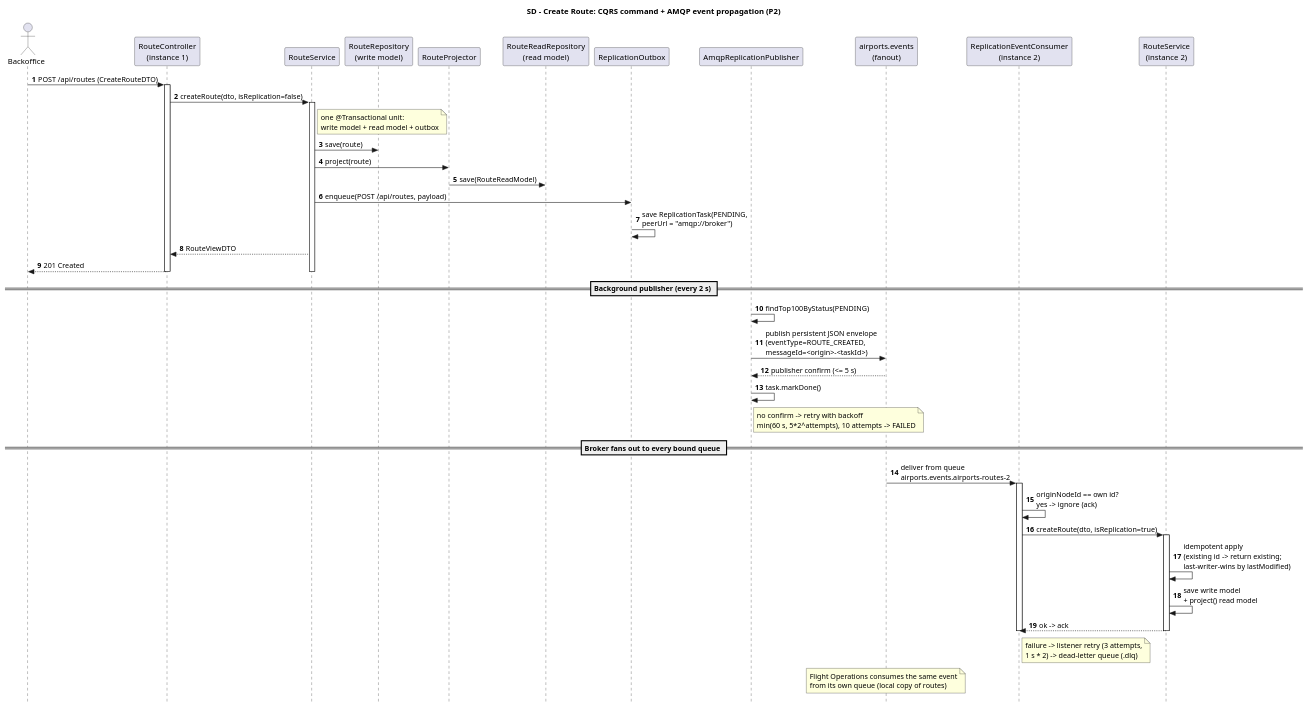
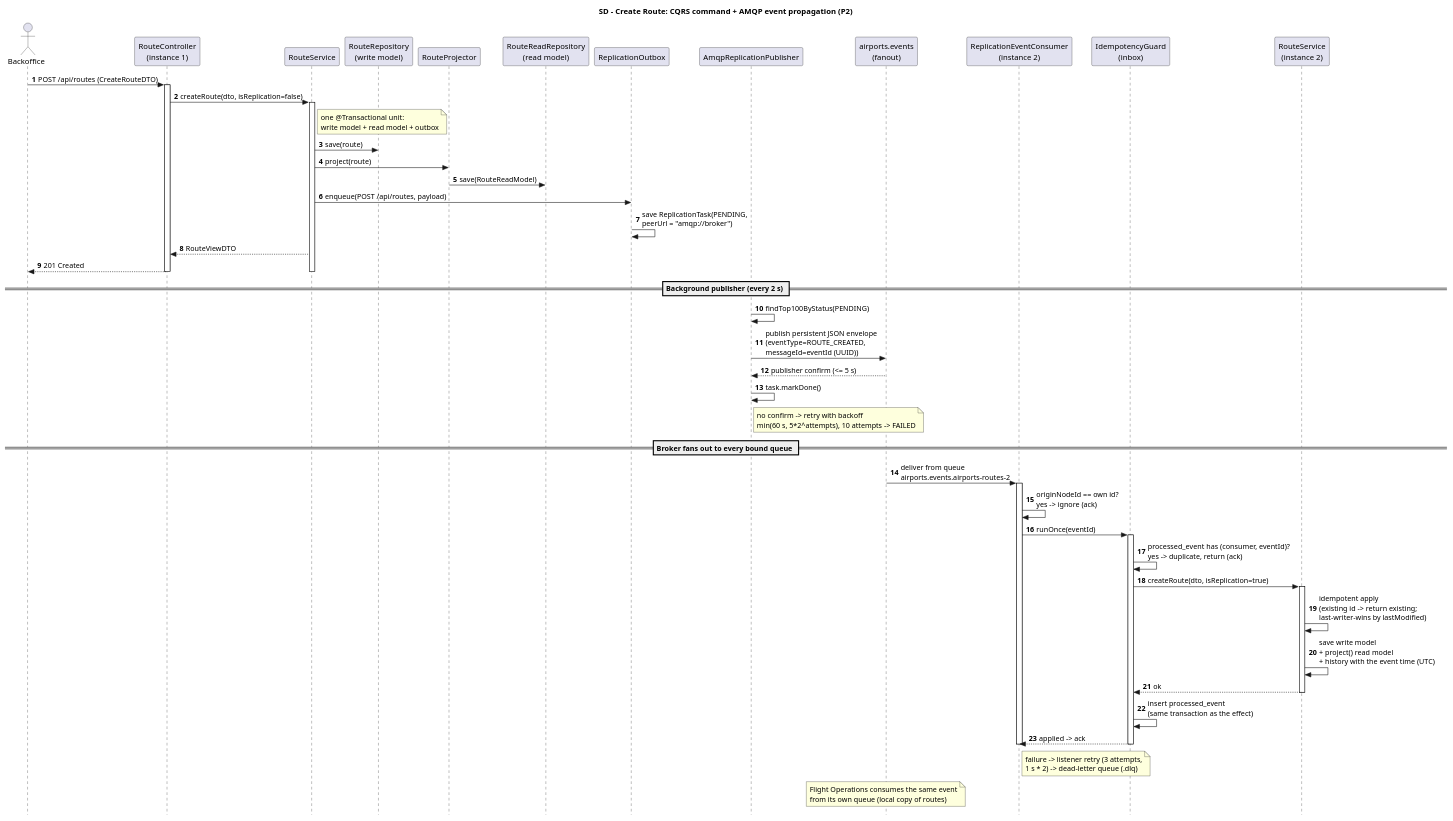
The diagram in Services/Airport e Routes/airports-routes-service/docs/E2/sd-amqp-event-propagation.puml (anamartasilvaa/SIDIG_AI_Safe), drawn with PlantUML before and after one commit. The commit also changed 12 other files, not shown here.

```diff
--- a/Services/Airport e Routes/airports-routes-service/docs/E2/sd-amqp-event-propagation.puml
+++ b/Services/Airport e Routes/airports-routes-service/docs/E2/sd-amqp-event-propagation.puml
@@ -1,53 +1,60 @@
 @startuml sd-amqp-event-propagation
 skinparam style strictuml
 autonumber
 title SD - Create Route: CQRS command + AMQP event propagation (P2)
 
 actor "Backoffice" as User
 participant "RouteController\n(instance 1)" as Ctrl
 participant "RouteService" as Svc
 participant "RouteRepository\n(write model)" as RR
 participant "RouteProjector" as Proj
 participant "RouteReadRepository\n(read model)" as RM
 participant "ReplicationOutbox" as Outbox
 participant "AmqpReplicationPublisher" as Pub
 participant "airports.events\n(fanout)" as Ex
 participant "ReplicationEventConsumer\n(instance 2)" as Cons2
+participant "IdempotencyGuard\n(inbox)" as Inbox
 participant "RouteService\n(instance 2)" as Svc2
 
 User -> Ctrl : POST /api/routes (CreateRouteDTO)
 activate Ctrl
 Ctrl -> Svc : createRoute(dto, isReplication=false)
 activate Svc
 note right of Svc : one @Transactional unit:\nwrite model + read model + outbox
 Svc -> RR : save(route)
 Svc -> Proj : project(route)
 Proj -> RM : save(RouteReadModel)
 Svc -> Outbox : enqueue(POST /api/routes, payload)
 Outbox -> Outbox : save ReplicationTask(PENDING,\npeerUrl = "amqp://broker")
 Svc --> Ctrl : RouteViewDTO
 Ctrl --> User : 201 Created
 deactivate Svc
 deactivate Ctrl
 
 == Background publisher (every 2 s) ==
 Pub -> Pub : findTop100ByStatus(PENDING)
-Pub -> Ex : publish persistent JSON envelope\n(eventType=ROUTE_CREATED,\nmessageId=<origin>-<taskId>)
+Pub -> Ex : publish persistent JSON envelope\n(eventType=ROUTE_CREATED,\nmessageId=eventId (UUID))
 Ex --> Pub : publisher confirm (<= 5 s)
 Pub -> Pub : task.markDone()
 note right of Pub : no confirm -> retry with backoff\nmin(60 s, 5*2^attempts), 10 attempts -> FAILED
 
 == Broker fans out to every bound queue ==
 Ex -> Cons2 : deliver from queue\nairports.events.airports-routes-2
 activate Cons2
 Cons2 -> Cons2 : originNodeId == own id?\nyes -> ignore (ack)
-Cons2 -> Svc2 : createRoute(dto, isReplication=true)
+Cons2 -> Inbox : runOnce(eventId)
+activate Inbox
+Inbox -> Inbox : processed_event has (consumer, eventId)?\nyes -> duplicate, return (ack)
+Inbox -> Svc2 : createRoute(dto, isReplication=true)
 activate Svc2
 Svc2 -> Svc2 : idempotent apply\n(existing id -> return existing;\nlast-writer-wins by lastModified)
-Svc2 -> Svc2 : save write model\n+ project() read model
-Svc2 --> Cons2 : ok -> ack
+Svc2 -> Svc2 : save write model\n+ project() read model\n+ history with the event time (UTC)
+Svc2 --> Inbox : ok
 deactivate Svc2
+Inbox -> Inbox : insert processed_event\n(same transaction as the effect)
+Inbox --> Cons2 : applied -> ack
+deactivate Inbox
 deactivate Cons2
 note right of Cons2 : failure -> listener retry (3 attempts,\n1 s * 2) -> dead-letter queue (.dlq)
 note over Ex : Flight Operations consumes the same event\nfrom its own queue (local copy of routes)
 @enduml
```
